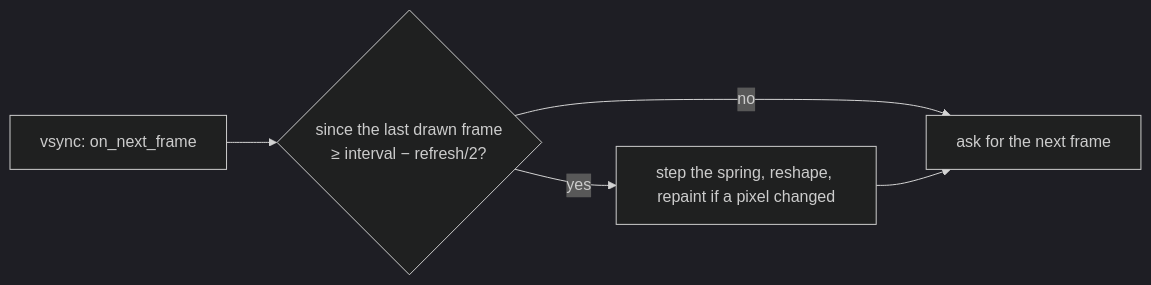
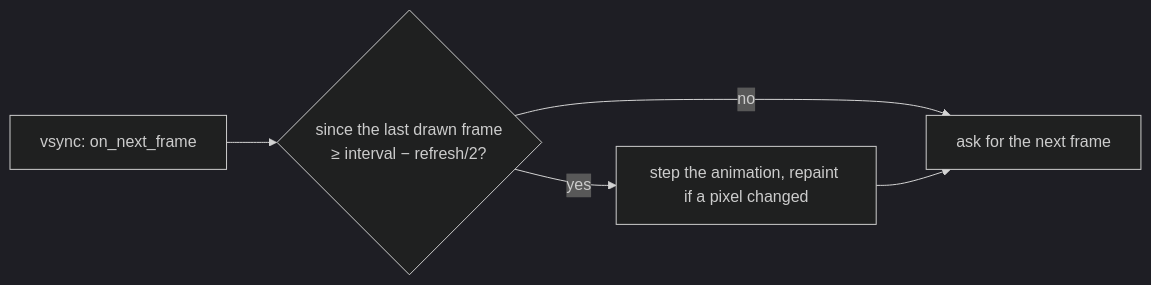
One commit to labcoder/capsula changed the diagram in docs/development/frame-rate.md. Above: the diagram before and after it, drawn with Mermaid (dark theme). The commit also changed 8 other files, not shown here.

````diff
--- a/docs/development/frame-rate.md
+++ b/docs/development/frame-rate.md
@@ -38,7 +38,7 @@
 ```mermaid
 flowchart LR
     V["vsync: on_next_frame"] --> G{"since the last drawn frame<br/>≥ interval − refresh/2?"}
     G -- no --> S["ask for the next frame"]
-    G -- yes --> D["step the spring, reshape, repaint if a pixel changed"]
+    G -- yes --> D["step the animation, repaint if a pixel changed"]
     D --> S
 ```
````
